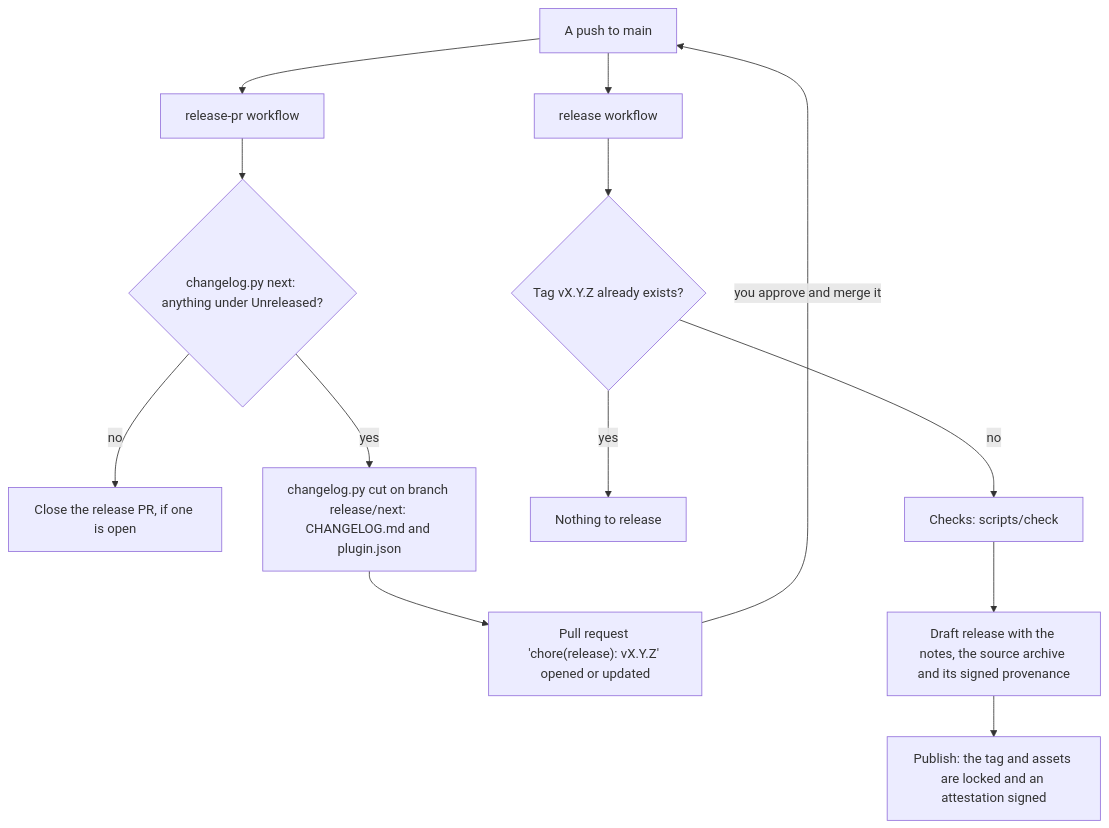
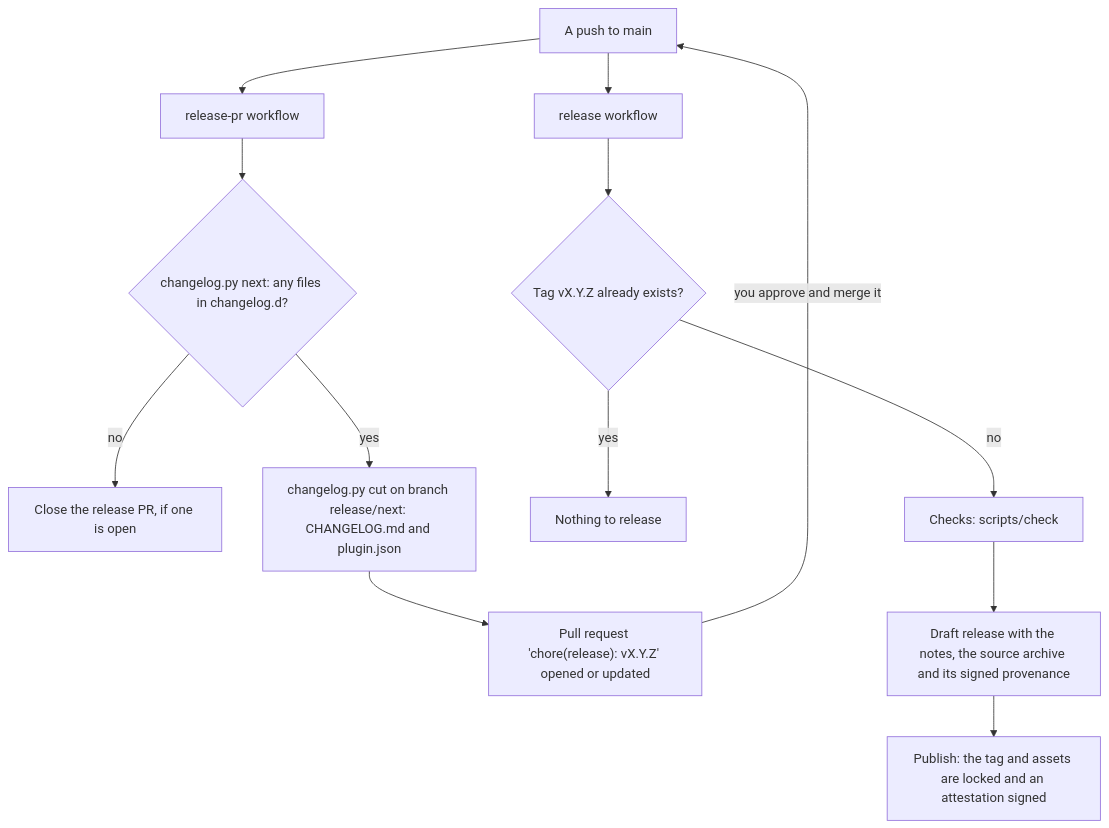
Before and after one commit to bugrauluyurt/homelab-media-stack: the diagram in docs/operations/releasing.md, drawn with Mermaid. The commit also changed other lines of this file and 20 other files, not shown here.

````diff
--- a/docs/operations/releasing.md
+++ b/docs/operations/releasing.md
@@ -47,15 +47,15 @@
 ```mermaid
 flowchart TD
     push["A push to main"] --> rpr["release-pr workflow"]
-    rpr --> nxt{"changelog.py next: anything under Unreleased?"}
+    rpr --> nxt{"changelog.py next: any files in changelog.d?"}
     nxt -->|no| close["Close the release PR, if one is open"]
     nxt -->|yes| cut["changelog.py cut on branch release/next: CHANGELOG.md and plugin.json"]
     cut --> pr["Pull request 'chore(release): vX.Y.Z' opened or updated"]
     pr -->|"you approve and merge it"| push
     push --> rel["release workflow"]
     rel --> tag{"Tag vX.Y.Z already exists?"}
     tag -->|yes| skip["Nothing to release"]
     tag -->|no| checks["Checks: scripts/check"]
     checks --> draft["Draft release with the notes, the source archive and its signed provenance"]
     draft --> publish["Publish: the tag and assets are locked and an attestation signed"]
 ```
````
